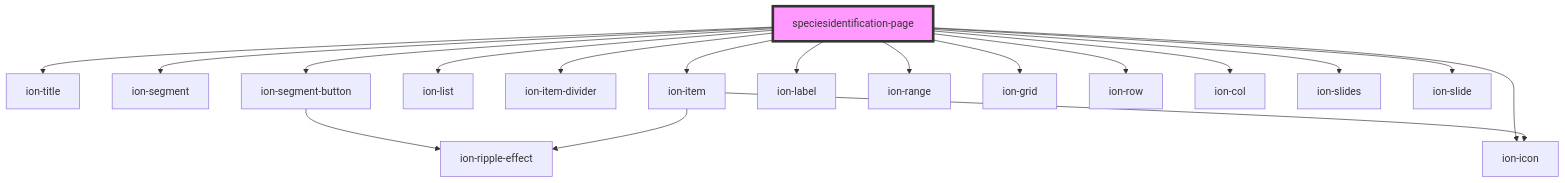
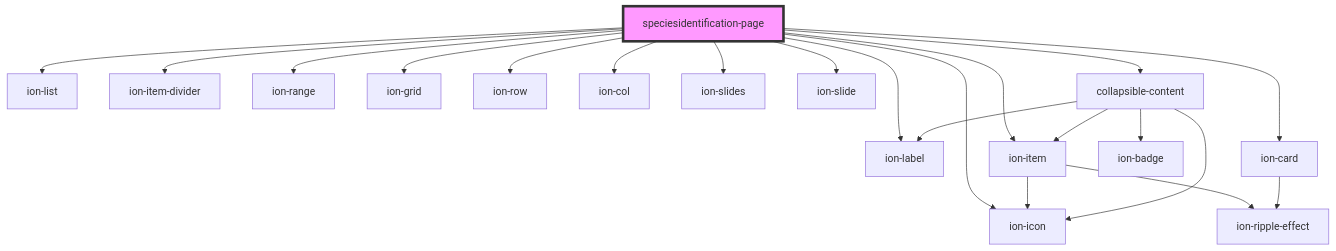
One commit to itsonit/speciesidentification changed the diagram in src/components/speciesidentification-page/readme.md. Above: the diagram before and after it, drawn with Mermaid. The commit also changed other lines of this file and 2 other files, not shown here.

Commit message:
update readmes (generatet)

````diff
--- a/src/components/speciesidentification-page/readme.md
+++ b/src/components/speciesidentification-page/readme.md
@@ -28,21 +27,24 @@
 ```mermaid
 graph TD;
-  speciesidentification-page --> ion-title
-  speciesidentification-page --> ion-segment
-  speciesidentification-page --> ion-segment-button
   speciesidentification-page --> ion-list
   speciesidentification-page --> ion-item-divider
+  speciesidentification-page --> ion-label
   speciesidentification-page --> ion-item
   speciesidentification-page --> ion-icon
-  speciesidentification-page --> ion-label
   speciesidentification-page --> ion-range
   speciesidentification-page --> ion-grid
   speciesidentification-page --> ion-row
   speciesidentification-page --> ion-col
   speciesidentification-page --> ion-slides
   speciesidentification-page --> ion-slide
-  ion-segment-button --> ion-ripple-effect
+  speciesidentification-page --> ion-card
+  speciesidentification-page --> collapsible-content
   ion-item --> ion-icon
   ion-item --> ion-ripple-effect
+  ion-card --> ion-ripple-effect
+  collapsible-content --> ion-item
+  collapsible-content --> ion-icon
+  collapsible-content --> ion-label
+  collapsible-content --> ion-badge
   style speciesidentification-page fill:#f9f,stroke:#333,stroke-width:4px
 ```
````
